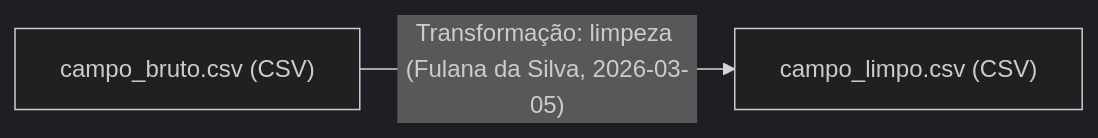
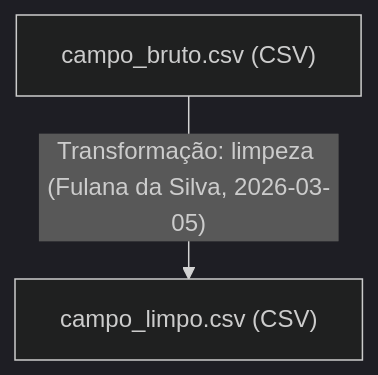
One commit to edalcin/MyProvenance changed the diagram in docs/especificacao.md. Above: the diagram before and after it, drawn with Mermaid (dark theme). The commit also changed other lines of this file and 6 other files, not shown here.

First line of the commit message:
feat: default diagram orientation to Vertical (TD)

````diff
--- a/docs/especificacao.md
+++ b/docs/especificacao.md
@@ -258,6 +258,6 @@
 ```mermaid
-flowchart LR
+flowchart TD
   E1["campo_bruto.csv (CSV)"]
   E2["campo_limpo.csv (CSV)"]
   E1 -->|"Transformação: limpeza (Fulana da Silva, 2026-03-05)"| E2
 ```
````
